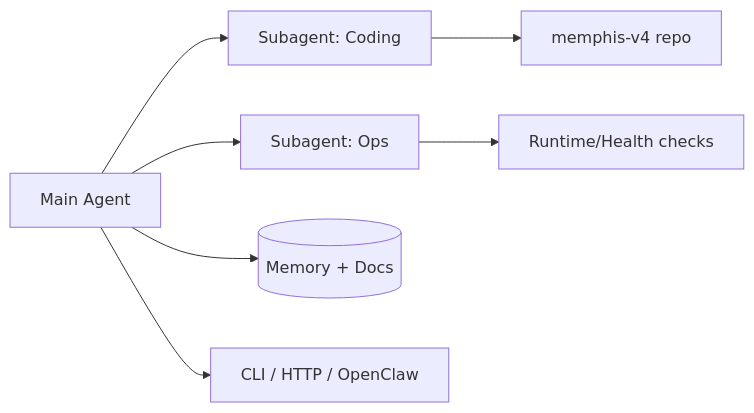
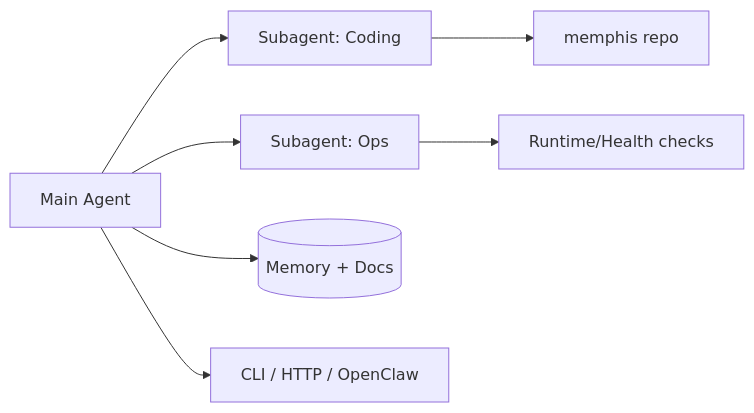
Before and after one commit to Memphis-Chains/memphis: the diagram in docs/diagrams/multi-agent-architecture.mmd, drawn with Mermaid. The commit also changed 101 other files, not shown here.

```diff
--- a/docs/diagrams/multi-agent-architecture.mmd
+++ b/docs/diagrams/multi-agent-architecture.mmd
@@ -1,7 +1,7 @@
 graph LR
   MAIN[Main Agent] --> SUB1[Subagent: Coding]
   MAIN --> SUB2[Subagent: Ops]
-  SUB1 --> REPO[memphis-v4 repo]
+  SUB1 --> REPO[memphis repo]
   SUB2 --> INFRA[Runtime/Health checks]
   MAIN --> MEMORY[(Memory + Docs)]
   MAIN --> CHANNELS[CLI / HTTP / OpenClaw]
```
